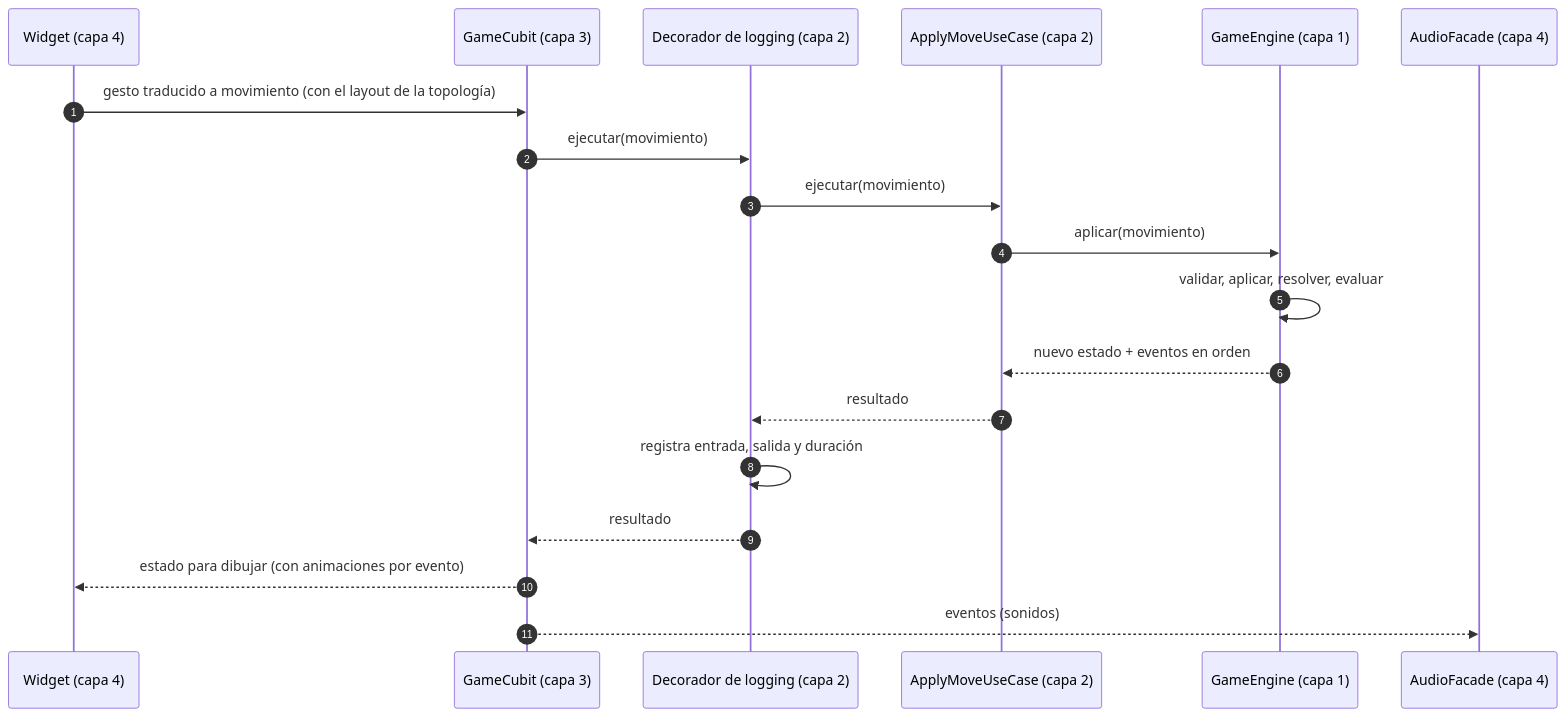
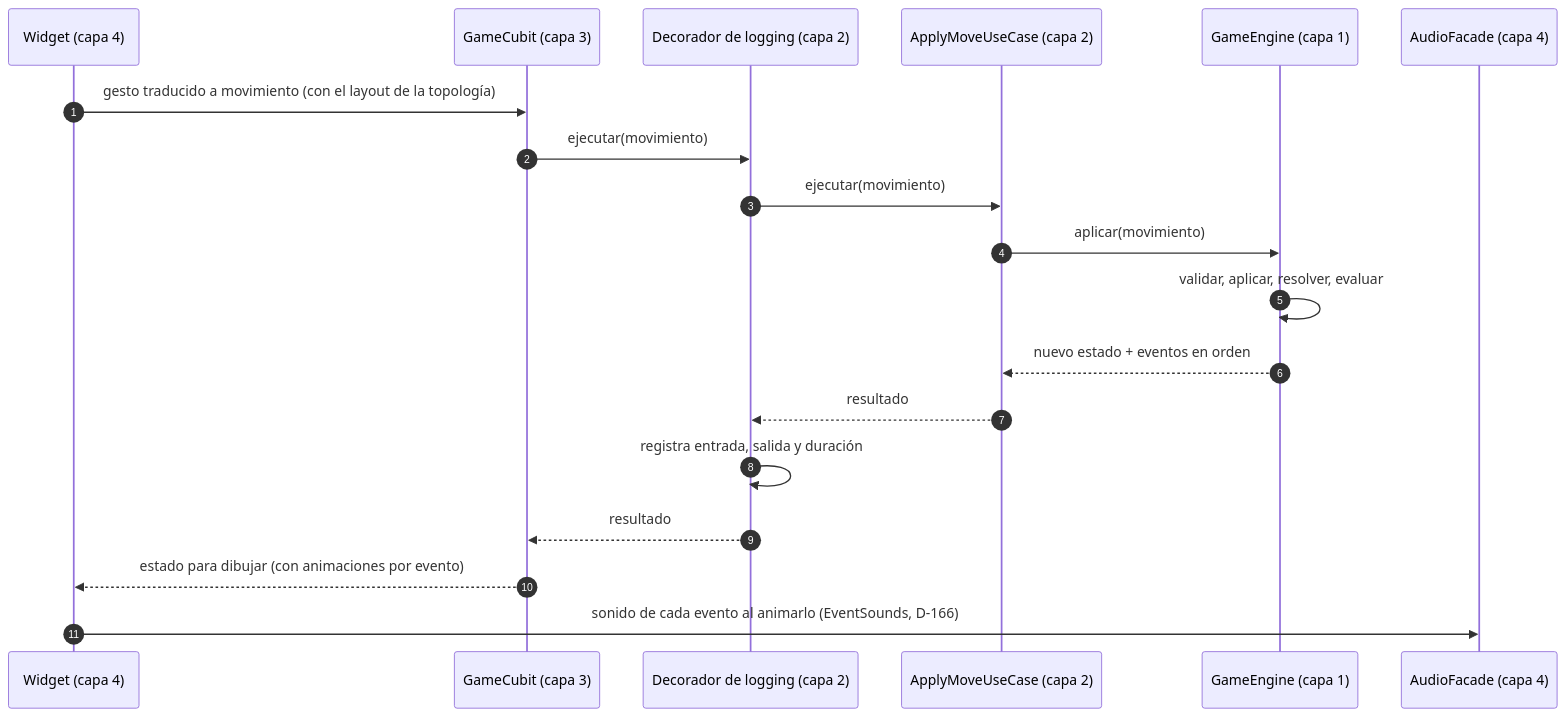
One commit to DanielHaro28/hexablock-app changed the third of 3 diagrams in docs/architecture/ARQ-01-APP-GENERAL.md. Above: the diagram before and after it, drawn with Mermaid. The commit also changed other lines of this file and 18 other files, not shown here.

````diff
--- a/docs/architecture/ARQ-01-APP-GENERAL.md
+++ b/docs/architecture/ARQ-01-APP-GENERAL.md
@@ -225,21 +225,21 @@
 ```mermaid
 sequenceDiagram
     autonumber
     participant W as Widget (capa 4)
     participant C as GameCubit (capa 3)
     participant D as Decorador de logging (capa 2)
     participant U as ApplyMoveUseCase (capa 2)
     participant E as GameEngine (capa 1)
     participant A as AudioFacade (capa 4)
     W->>C: gesto traducido a movimiento (con el layout de la topología)
     C->>D: ejecutar(movimiento)
     D->>U: ejecutar(movimiento)
     U->>E: aplicar(movimiento)
     E->>E: validar, aplicar, resolver, evaluar
     E-->>U: nuevo estado + eventos en orden
     U-->>D: resultado
     D->>D: registra entrada, salida y duración
     D-->>C: resultado
     C-->>W: estado para dibujar (con animaciones por evento)
-    C-->>A: eventos (sonidos)
+    W->>A: sonido de cada evento al animarlo (EventSounds, D-166)
 ```
````
